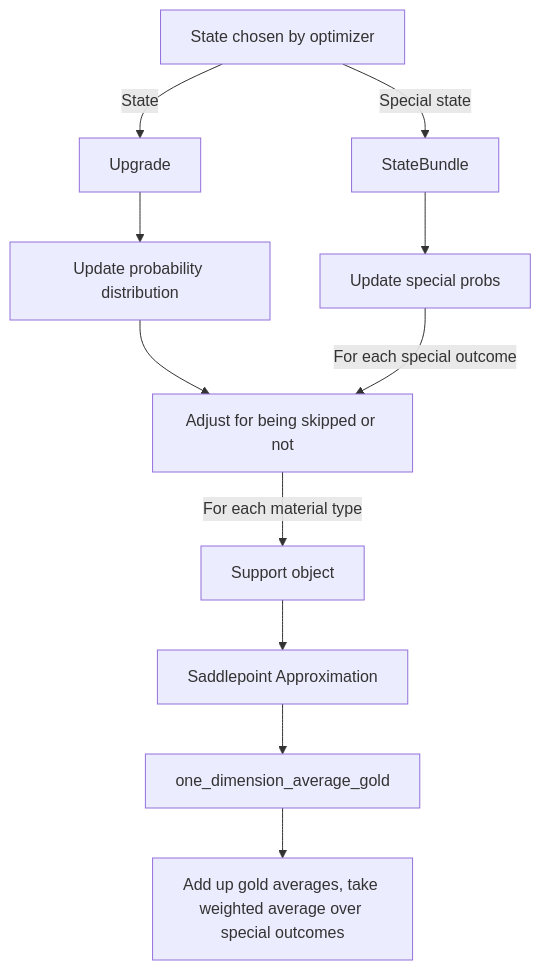
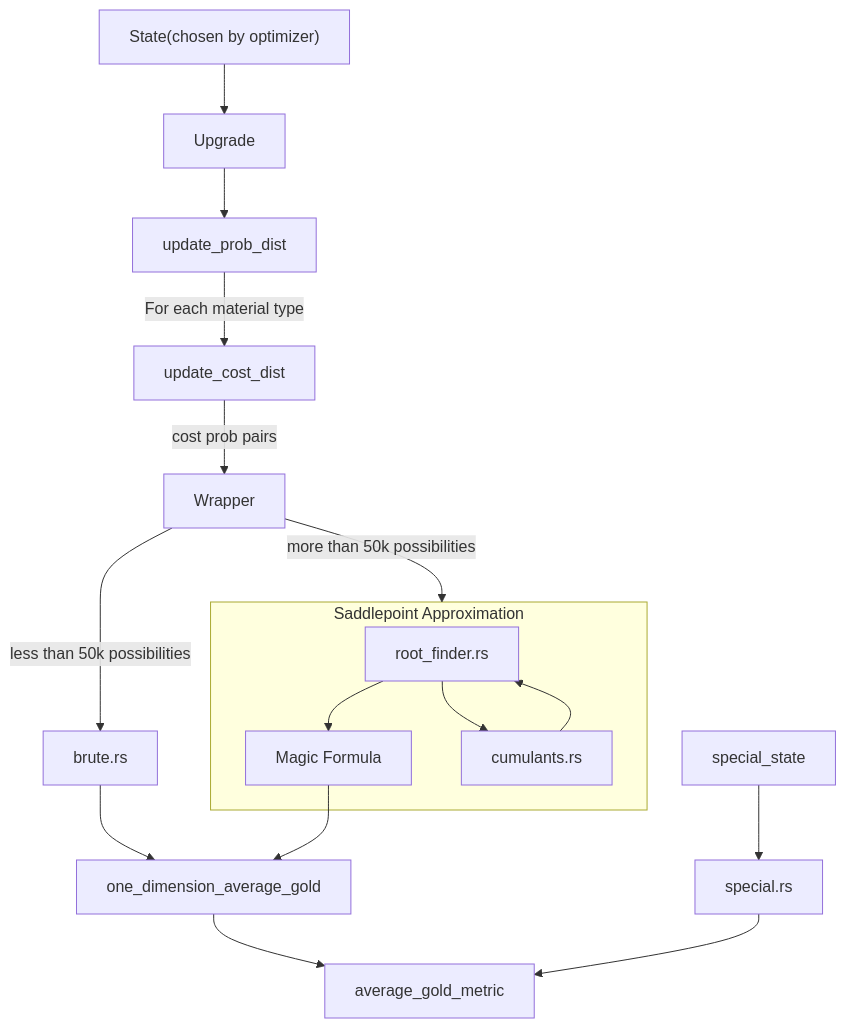
One commit to Kenivia/Honing-Forecast changed the diagram in docs/Average Evaluation.md. Above: the diagram before and after it, drawn with Mermaid. The commit also changed other lines of this file and 5 other files, not shown here.

````diff
--- a/docs/Average Evaluation.md
+++ b/docs/Average Evaluation.md
@@ -5,11 +11,24 @@
 ```mermaid
-graph TD;
-StateBundle --> Special[Update special probs];
-State --> |Special state| StateBundle;
-State[State chosen by optimizer] -->|State| Upgrade  --> udist[Update probability distribution] --> Adjust[Adjust for being skipped or not] -->|For each material type| Support["Support" object] --> SA[Saddlepoint Approximation] --> one_dimension_average_gold -->  Repeat;
-Special --> |For each special outcome| Adjust;
+flowchart TB
 
 
-Repeat[Add up gold averages, take weighted average over special outcomes];
+State["State(chosen by optimizer)"] --> Upgrade  --> udist[update_prob_dist] -->|For each material type| Support[update_cost_dist] -->|cost prob pairs| Wrapper;
+
+Wrapper --> |less than 50k possibilities| Brute[brute.rs]--> one_dimension_average_gold ; 
+
+Wrapper --> |more than 50k possibilities| SA 
+
+subgraph SA[Saddlepoint Approximation]
+RF[root_finder.rs] --> Magic[Magic Formula] ; 
+
+RF --> cumulants.rs --> RF
+end
+
+Magic --> one_dimension_average_gold
+ one_dimension_average_gold --> average_gold_metric;
+
+
+special_state --> special.rs --> average_gold_metric
+
 
 ```
````
